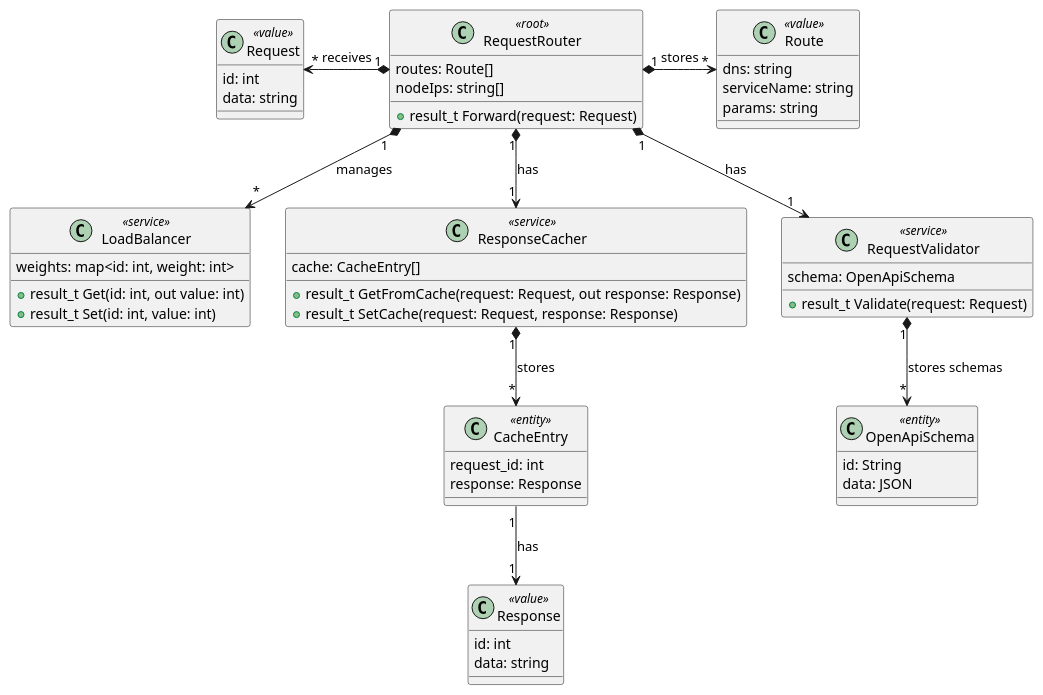
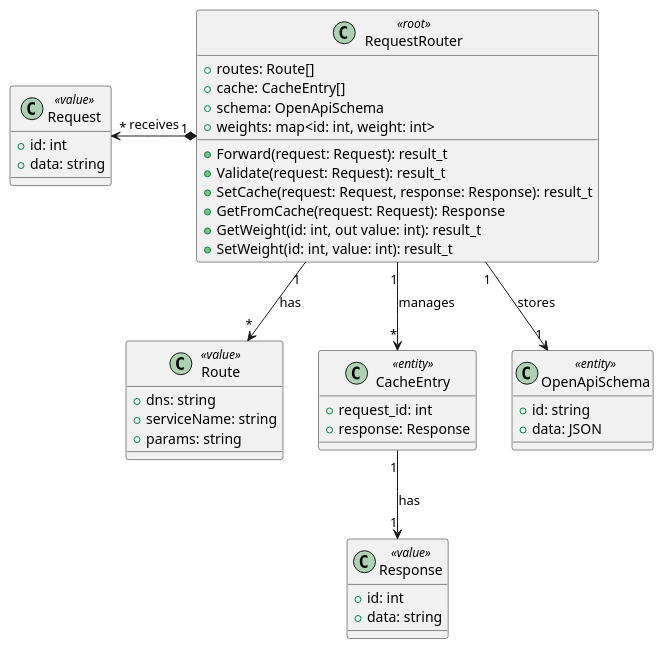
One commit to fanglores/Advanced-Software-Design changed the diagram in PracticeTasks/Module2/Task_11/RequestRouter_class.puml. Above: the diagram before and after it, drawn with PlantUML. The commit also changed 12 other files, not shown here.

```diff
--- a/PracticeTasks/Module2/Task_11/RequestRouter_class.puml
+++ b/PracticeTasks/Module2/Task_11/RequestRouter_class.puml
@@ -1,60 +1,46 @@
 @startuml
-
 class RequestRouter <<root>> {
-    routes: Route[]
-    nodeIps: string[]
-    +result_t Forward(request: Request)
+  +routes: Route[]
+  +cache: CacheEntry[]
+  +schema: OpenApiSchema
+  +weights: map<id: int, weight: int>
+  +Forward(request: Request): result_t
+  +Validate(request: Request): result_t
+  +SetCache(request: Request, response: Response): result_t
+  +GetFromCache(request: Request): Response
+  +GetWeight(id: int, out value: int): result_t
+  +SetWeight(id: int, value: int): result_t
 }
 
-class LoadBalancer <<service>> {
-    weights: map<id: int, weight: int>
-    +result_t Get(id: int, out value: int)
-    +result_t Set(id: int, value: int)
+class Route <<value>> {
+  +dns: string
+  +serviceName: string
+  +params: string
 }
 
-class ResponseCacher <<service>> {
-    cache: CacheEntry[]
-    +result_t GetFromCache(request: Request, out response: Response)
-    +result_t SetCache(request: Request, response: Response)
+class Request <<value>> {
+  +id: int
+  +data: string
+}
+
+class Response <<value>> {
+  +id: int
+  +data: string
 }
 
 class CacheEntry <<entity>> {
-    request_id: int
-    response: Response
-}
-
-class Response <<value>> {
-    id: int
-    data: string
-}
-
-class RequestValidator <<service>> {
-    schema: OpenApiSchema
-    +result_t Validate(request: Request)
+  +request_id: int
+  +response: Response
 }
 
 class OpenApiSchema <<entity>> {
-    id: String
-    data: JSON
+  +id: string
+  +data: JSON
 }
 
-class Request <<value>> {
-    id: int
-    data: string
-}
-
-class Route <<value>> {
-    dns: string
-    serviceName: string
-    params: string
-}
-
-RequestRouter "1" *-right-> "*" Route : stores
+RequestRouter "1" --> "*" Route : has
+RequestRouter "1" --> "*" CacheEntry : manages
+RequestRouter "1" --> "1" OpenApiSchema : stores
+CacheEntry "1" --> "1" Response : has
 RequestRouter "1" *-left-> "*" Request : receives
-RequestRouter "1" *--> "*" LoadBalancer : manages
-RequestRouter "1" *--> "1" ResponseCacher : has
-RequestRouter "1" *--> "1" RequestValidator : has
-ResponseCacher "1" *--> "*" CacheEntry : stores
-CacheEntry "1" --> "1" Response : has
-RequestValidator "1" *--> "*" OpenApiSchema : stores schemas
 @enduml
```
